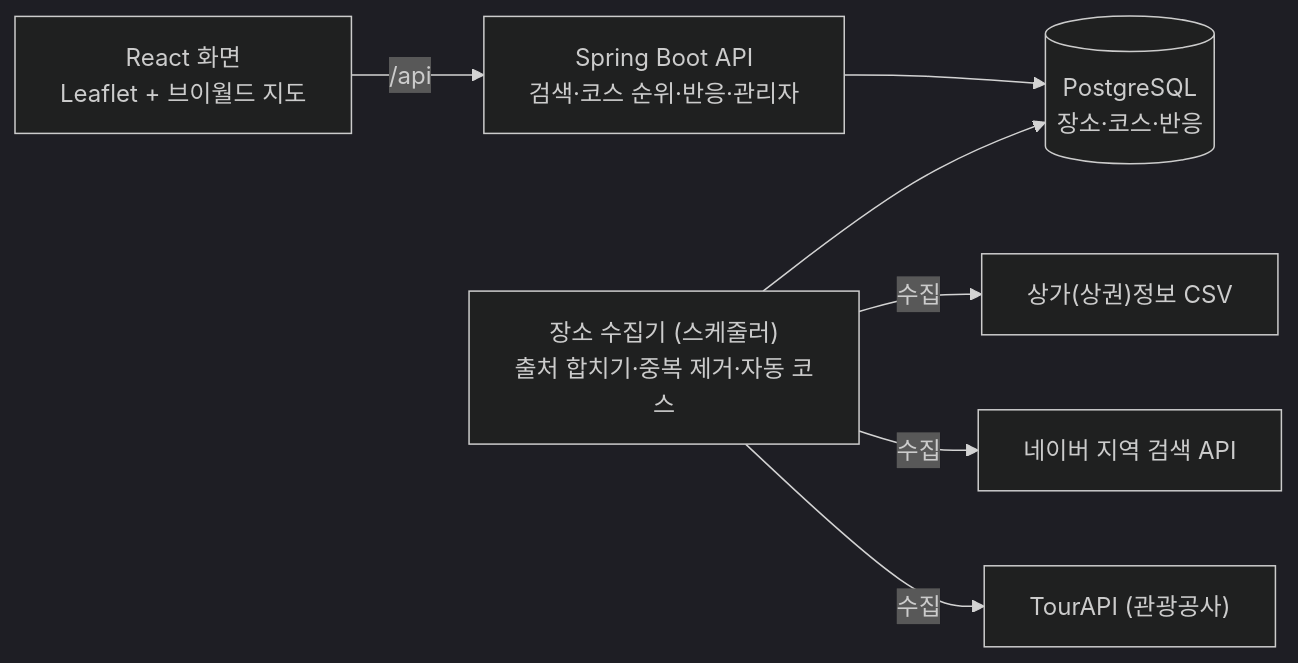
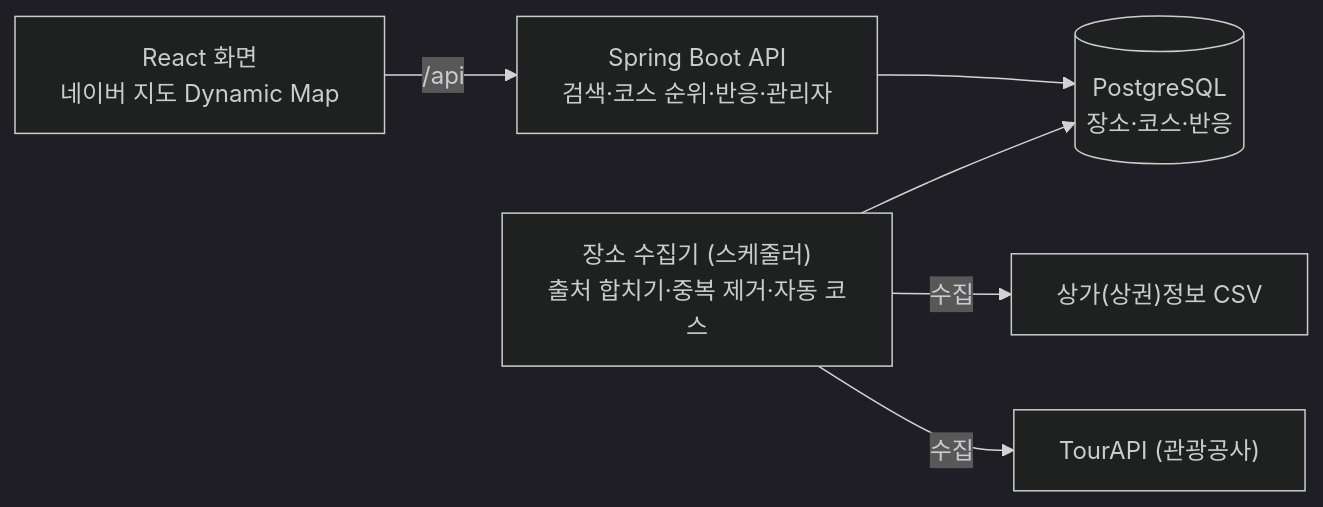
Before and after one commit to kimseongmin0301/date-course: the diagram in docs/기획안.md, drawn with Mermaid (dark theme). The commit also changed other lines of this file and 4 other files, not shown here.

First line of the commit message:
무료로만 운영: 지도는 네이버 Dynamic Map, 네이버 검색 API·브이월드 빼기

````diff
--- a/docs/기획안.md
+++ b/docs/기획안.md
@@ -130,9 +134,8 @@
 ```mermaid
 flowchart LR
-  React["React 화면<br/>Leaflet + 브이월드 지도"] -- /api --> API["Spring Boot API<br/>검색·코스 순위·반응·관리자"]
+  React["React 화면<br/>네이버 지도 Dynamic Map"] -- /api --> API["Spring Boot API<br/>검색·코스 순위·반응·관리자"]
   API --> DB[(PostgreSQL<br/>장소·코스·반응)]
   Collector["장소 수집기 (스케줄러)<br/>출처 합치기·중복 제거·자동 코스"] --> DB
   Collector -- 수집 --> Sbiz["상가(상권)정보 CSV"]
-  Collector -- 수집 --> Naver[네이버 지역 검색 API]
   Collector -- 수집 --> Tour["TourAPI (관광공사)"]
 ```
````
